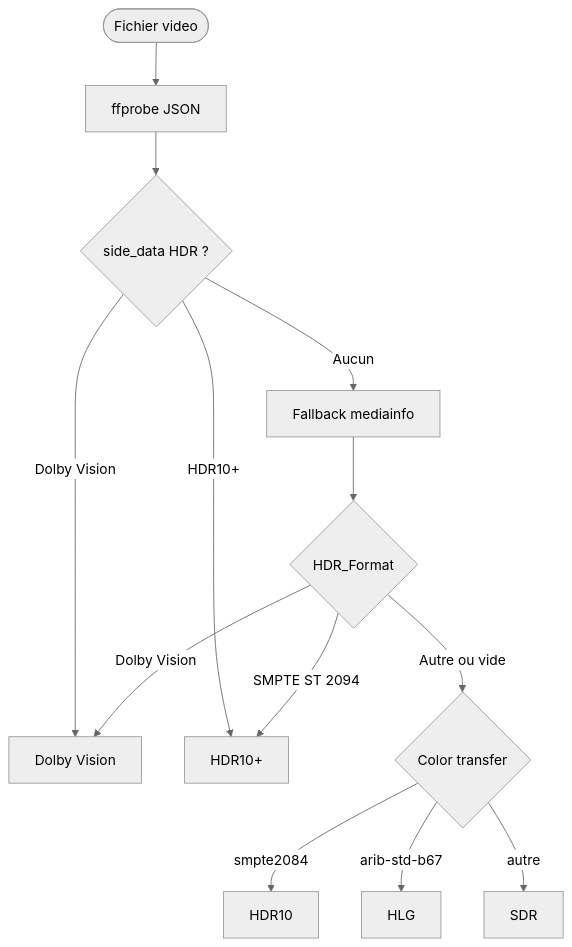
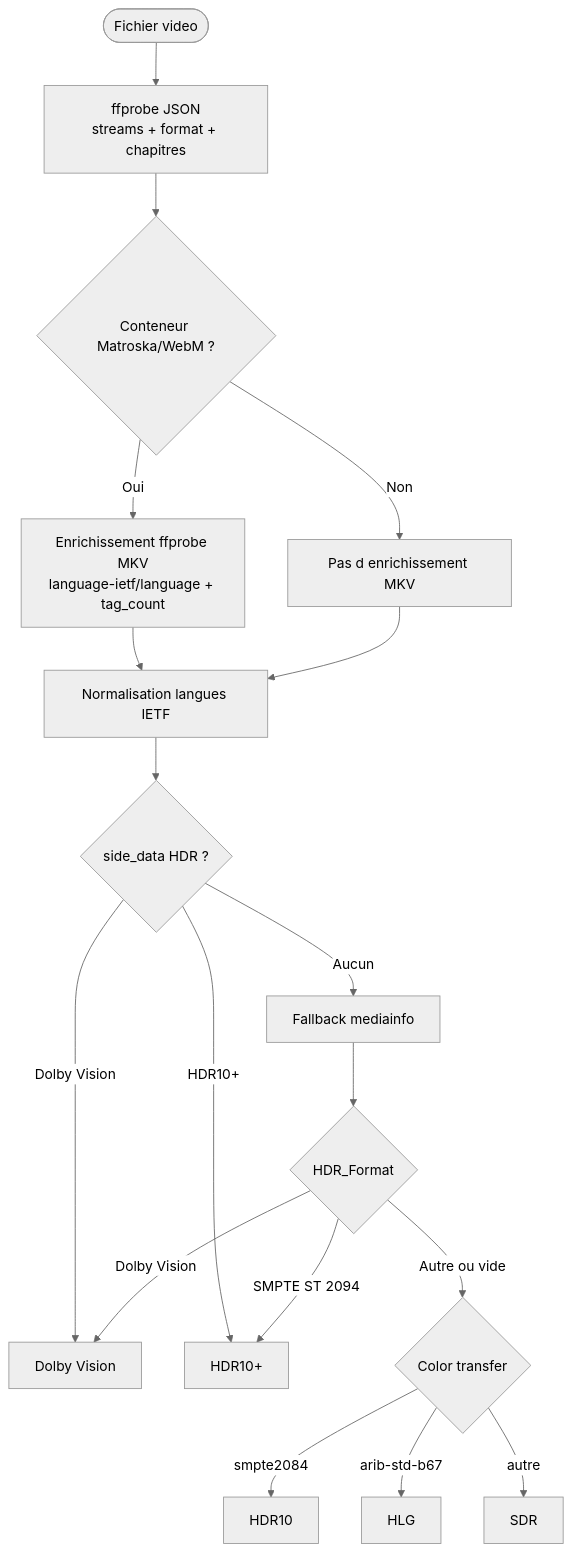
Before and after one commit to Hydro74000/muxiveo: the fifth of 5 diagrams in README.md, drawn with Mermaid (neutral theme). The commit also changed other lines of this file and 20 other files, not shown here.

Commit message:
Refactor and review all code to avoid mkvtoolnix tools and only use ffmpeg/dovitool/hdr10plustool/mediainfo

````diff
--- a/README.md
+++ b/README.md
@@ -356,17 +434,23 @@
 ```mermaid
 flowchart TD
-    A([Fichier video]) --> B[ffprobe JSON]
-    B --> C{side_data HDR ?}
-    C -->|Dolby Vision| D1[Dolby Vision]
-    C -->|HDR10+| D2[HDR10+]
-    C -->|Aucun| E[Fallback mediainfo]
+    A([Fichier video]) --> B[ffprobe JSON\nstreams + format + chapitres]
+    B --> C{Conteneur Matroska/WebM ?}
+    C -->|Oui| C1[Enrichissement ffprobe MKV\nlanguage-ietf/language + tag_count]
+    C -->|Non| C2[Pas d enrichissement MKV]
+    C1 --> D[Normalisation langues IETF]
+    C2 --> D
 
-    E --> F{HDR_Format}
-    F -->|Dolby Vision| D1
-    F -->|SMPTE ST 2094| D2
-    F -->|Autre ou vide| G{Color transfer}
+    D --> E{side_data HDR ?}
+    E -->|Dolby Vision| D1[Dolby Vision]
+    E -->|HDR10+| D2[HDR10+]
+    E -->|Aucun| F[Fallback mediainfo]
 
-    G -->|smpte2084| H[HDR10]
-    G -->|arib-std-b67| I[HLG]
-    G -->|autre| J[SDR]
+    F --> G{HDR_Format}
+    G -->|Dolby Vision| D1
+    G -->|SMPTE ST 2094| D2
+    G -->|Autre ou vide| H{Color transfer}
+
+    H -->|smpte2084| I[HDR10]
+    H -->|arib-std-b67| J[HLG]
+    H -->|autre| K[SDR]
 ```
````
